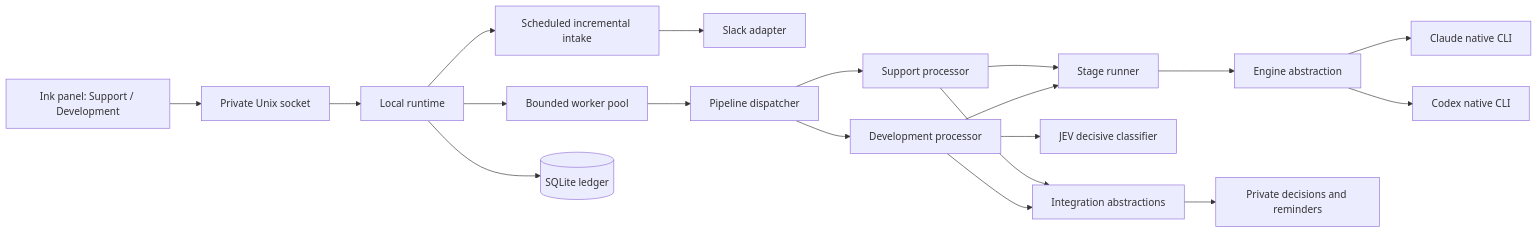
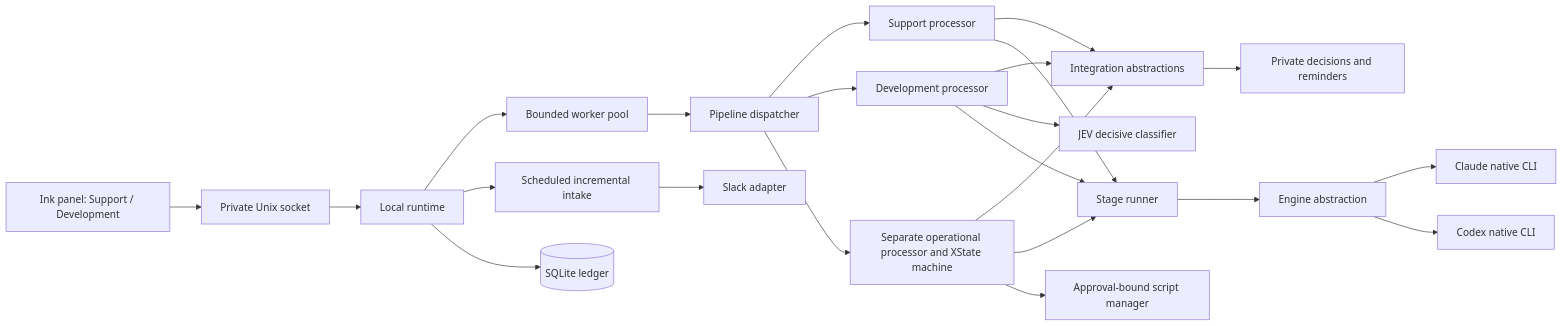
Before and after one commit to art-83/scabbers-cli: the diagram in docs/architecture.md, drawn with Mermaid. The commit also changed other lines of this file and 53 other files, not shown here.

````diff
--- a/docs/architecture.md
+++ b/docs/architecture.md
@@ -7,21 +7,25 @@
 ```mermaid
 flowchart LR
     Panel[Ink panel: Support / Development] --> IPC[Private Unix socket]
     IPC --> Runtime[Local runtime]
     Runtime --> Pool[Bounded worker pool]
     Runtime --> Intake[Scheduled incremental intake]
     Intake --> Slack[Slack adapter]
     Pool --> Router[Pipeline dispatcher]
     Router --> Support[Support processor]
     Router --> Development[Development processor]
+    Router --> Operational[Separate operational processor and XState machine]
+    Operational --> Ports
+    Operational --> Stages
+    Operational --> Scripts[Approval-bound script manager]
     Support --> Ports[Integration abstractions]
     Development --> Ports
     Development --> Judge[JEV decisive classifier]
     Support --> Stages[Stage runner]
     Development --> Stages
     Stages --> Engine[Engine abstraction]
     Engine --> Claude[Claude native CLI]
     Engine --> Codex[Codex native CLI]
     Runtime --> Ledger[(SQLite ledger)]
     Ports --> Decisions[Private decisions and reminders]
 ```
````
